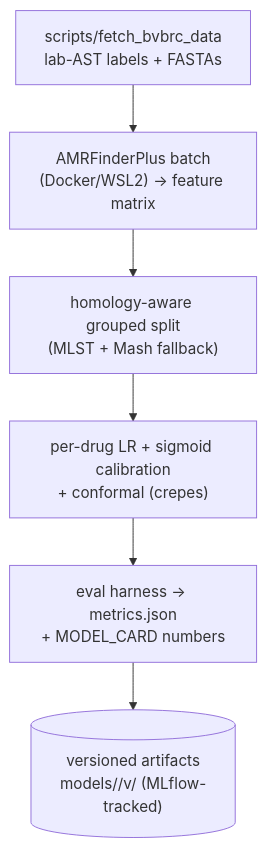
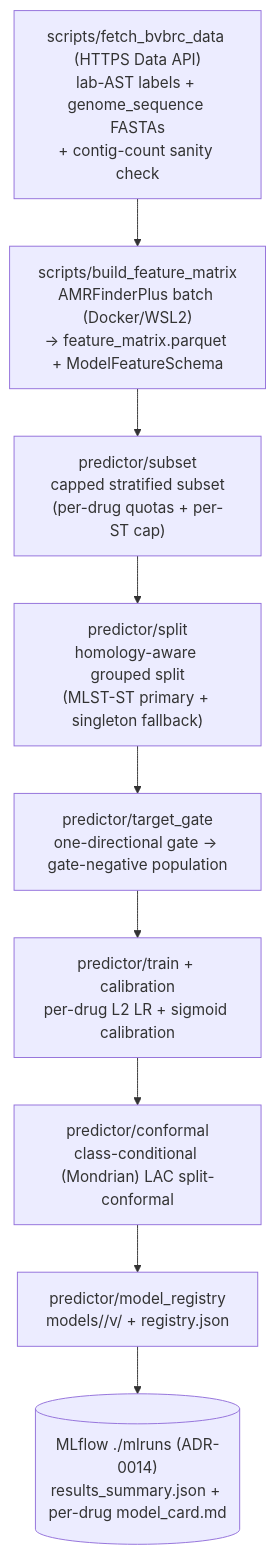
The second of 2 diagrams in Documentation/06-runtime-view/README.md (cofade/ResistanceRecon), drawn with Mermaid before and after one commit. The commit also changed other lines of this file and 53 other files, not shown here.

First line of the commit message:
feat(predictor): EPIC 3 PR-B — conformal, predict, registry, MLflow tracking + real run (#21, #22) (#40)

````diff
--- a/Documentation/06-runtime-view/README.md
+++ b/Documentation/06-runtime-view/README.md
@@ -46,8 +51,11 @@
 ```mermaid
 flowchart TD
-    FETCH["scripts/fetch_bvbrc_data\nlab-AST labels + FASTAs"] --> BATCH["AMRFinderPlus batch\n(Docker/WSL2) -> feature matrix"]
-    BATCH --> SPLIT["homology-aware grouped split\n(MLST + Mash fallback)"]
-    SPLIT --> TRAIN["per-drug LR + sigmoid calibration\n+ conformal (crepes)"]
-    TRAIN --> EVAL["eval harness -> metrics.json\n+ MODEL_CARD numbers"]
-    EVAL --> ART[("versioned artifacts\nmodels/<drug>/v<N>/ (MLflow-tracked)")]
+    FETCH["scripts/fetch_bvbrc_data (HTTPS Data API)\nlab-AST labels + genome_sequence FASTAs\n+ contig-count sanity check"] --> BATCH["scripts/build_feature_matrix\nAMRFinderPlus batch (Docker/WSL2)\n-> feature_matrix.parquet + ModelFeatureSchema"]
+    BATCH --> SUBSET["predictor/subset\ncapped stratified subset\n(per-drug quotas + per-ST cap)"]
+    SUBSET --> SPLIT["predictor/split\nhomology-aware grouped split\n(MLST-ST primary + singleton fallback)"]
+    SPLIT --> GATE["predictor/target_gate\none-directional gate -> gate-negative population"]
+    GATE --> TRAIN["predictor/train + calibration\nper-drug L2 LR + sigmoid calibration"]
+    TRAIN --> CONF["predictor/conformal\nclass-conditional (Mondrian) LAC split-conformal"]
+    CONF --> REG["predictor/model_registry\nmodels/<drug>/v<N>/ + registry.json"]
+    REG --> TRACK[("MLflow ./mlruns (ADR-0014)\nresults_summary.json + per-drug model_card.md")]
 ```
````
